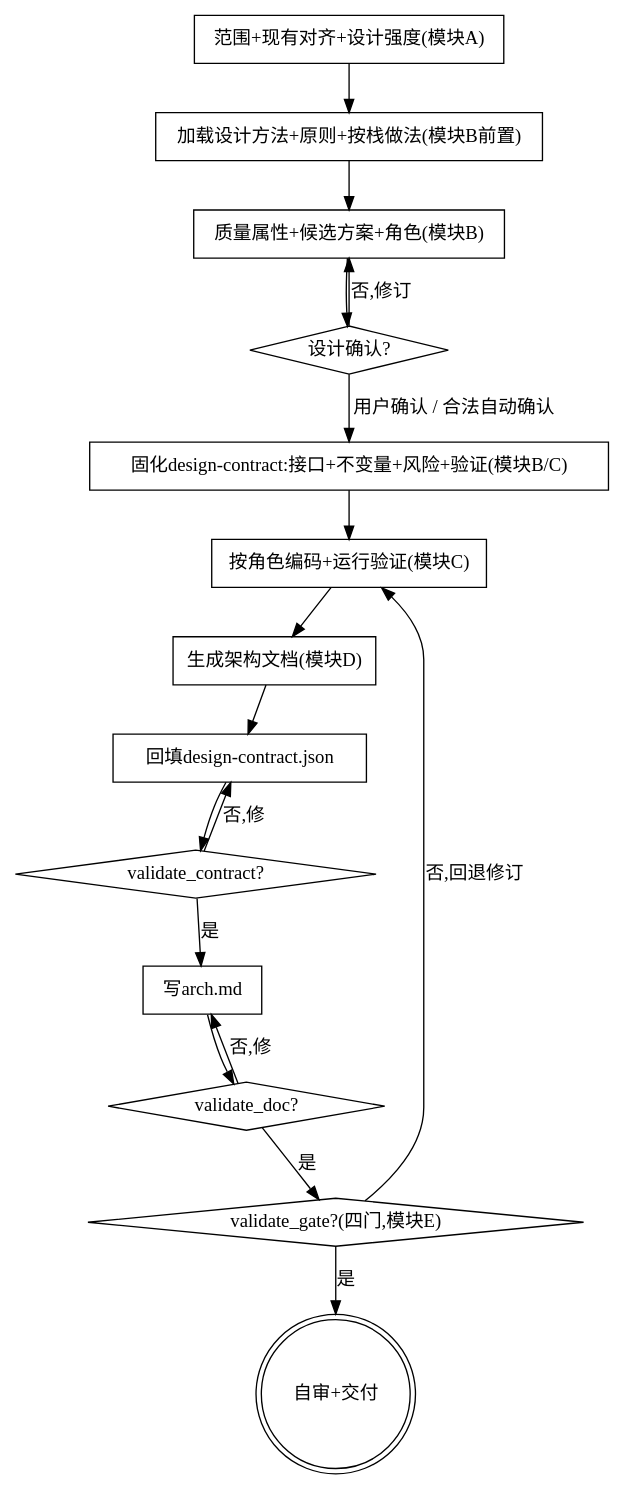
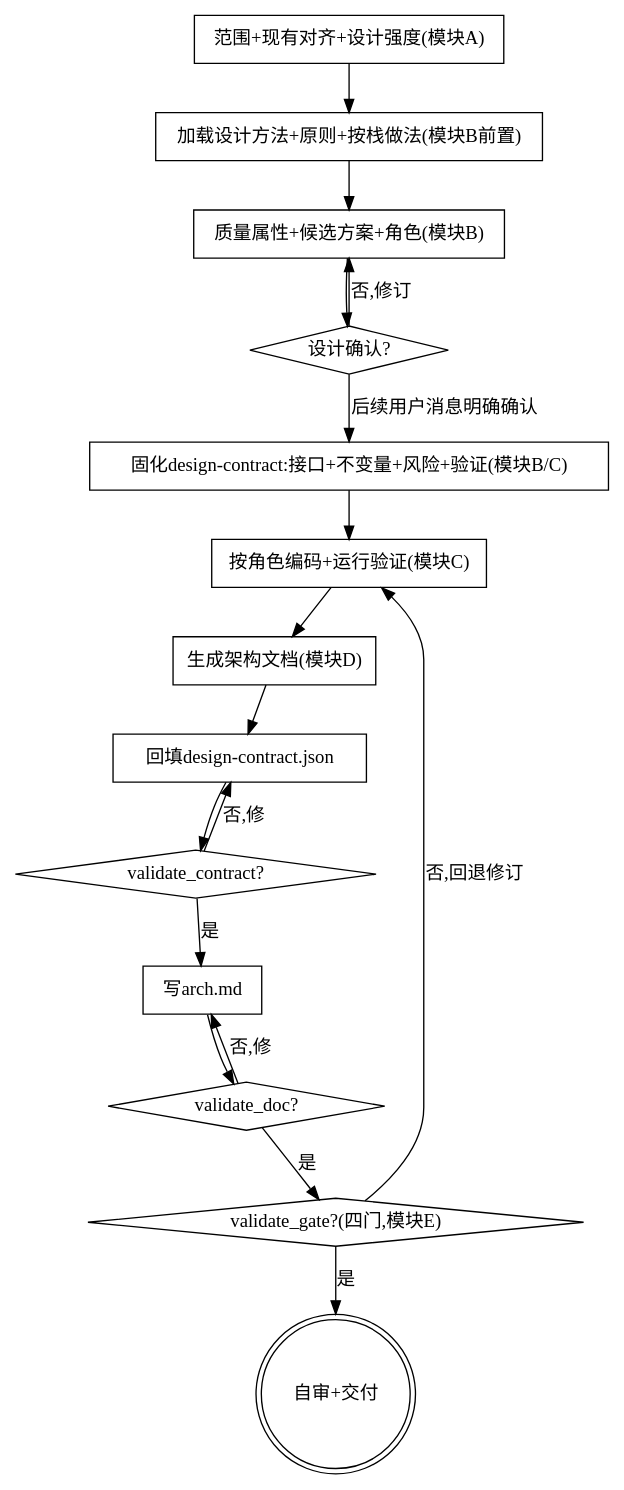
One commit to ironbob/DesignSKills changed the diagram in skills/arch-first-code-gen/SKILL.md. Above: the diagram before and after it, drawn with Graphviz. The commit also changed other lines of this file and 15 other files, not shown here.

````diff
--- a/skills/arch-first-code-gen/SKILL.md
+++ b/skills/arch-first-code-gen/SKILL.md
@@ -100,35 +106,35 @@
 ```dot
 digraph archfirst {
   rankdir=TB;
   "范围+现有对齐+设计强度(模块A)" [shape=box];
   "加载设计方法+原则+按栈做法(模块B前置)" [shape=box];
   "质量属性+候选方案+角色(模块B)" [shape=box];
   "设计确认?" [shape=diamond];
   "固化design-contract:接口+不变量+风险+验证(模块B/C)" [shape=box];
   "按角色编码+运行验证(模块C)" [shape=box];
   "生成架构文档(模块D)" [shape=box];
   "回填design-contract.json" [shape=box];
   "validate_contract?" [shape=diamond];
   "写arch.md" [shape=box];
   "validate_doc?" [shape=diamond];
   "validate_gate?(四门,模块E)" [shape=diamond];
   "自审+交付" [shape=doublecircle];
 
   "范围+现有对齐+设计强度(模块A)" -> "加载设计方法+原则+按栈做法(模块B前置)";
   "加载设计方法+原则+按栈做法(模块B前置)" -> "质量属性+候选方案+角色(模块B)";
   "质量属性+候选方案+角色(模块B)" -> "设计确认?";
   "设计确认?" -> "质量属性+候选方案+角色(模块B)" [label="否,修订"];
-  "设计确认?" -> "固化design-contract:接口+不变量+风险+验证(模块B/C)" [label="用户确认 / 合法自动确认"];
+  "设计确认?" -> "固化design-contract:接口+不变量+风险+验证(模块B/C)" [label="后续用户消息明确确认"];
   "固化design-contract:接口+不变量+风险+验证(模块B/C)" -> "按角色编码+运行验证(模块C)";
   "按角色编码+运行验证(模块C)" -> "生成架构文档(模块D)";
   "生成架构文档(模块D)" -> "回填design-contract.json";
   "回填design-contract.json" -> "validate_contract?";
   "validate_contract?" -> "回填design-contract.json" [label="否,修"];
   "validate_contract?" -> "写arch.md" [label="是"];
   "写arch.md" -> "validate_doc?";
   "validate_doc?" -> "写arch.md" [label="否,修"];
   "validate_doc?" -> "validate_gate?(四门,模块E)" [label="是"];
   "validate_gate?(四门,模块E)" -> "按角色编码+运行验证(模块C)" [label="否,回退修订"];
   "validate_gate?(四门,模块E)" -> "自审+交付" [label="是"];
 }
 ```
````
